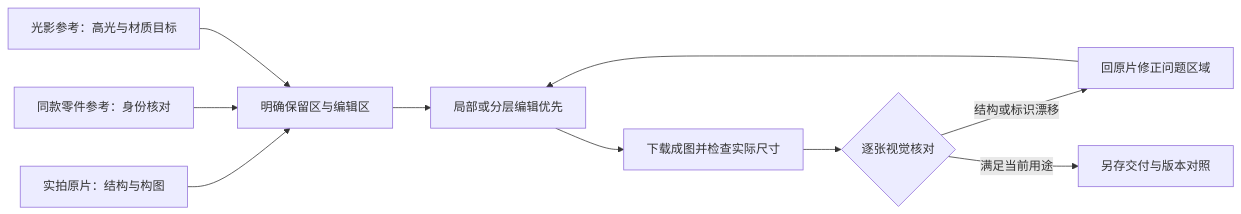
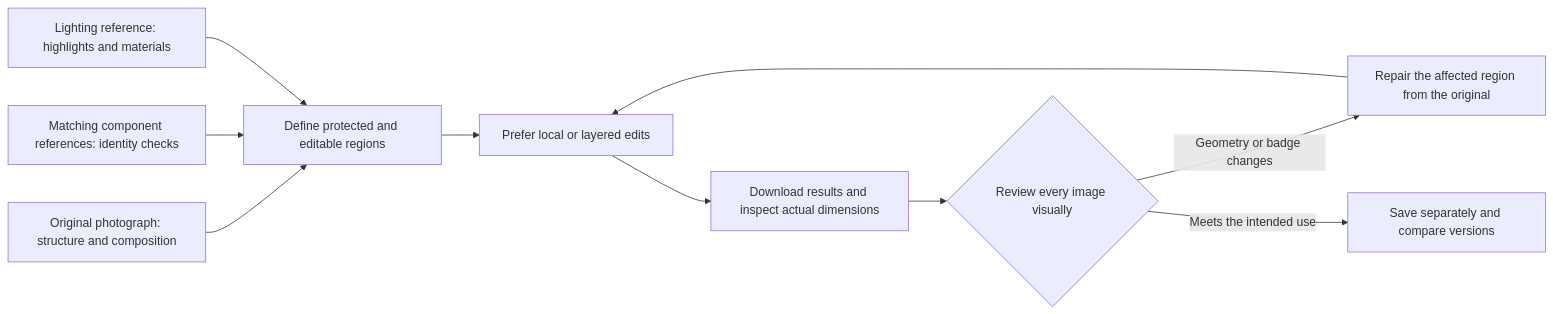
One commit to 498600589-byte/automotive-retouch-skill changed the diagram in README.md. Above: the diagram before and after it, drawn with Mermaid. The commit also changed other lines of this file, not shown here.

````diff
--- a/README.md
+++ b/README.md
@@ -110,12 +110,12 @@
 ```mermaid
 flowchart LR
-    A[实拍原片：结构与构图] --> D[明确保留区与编辑区]
-    B[同款零件参考：身份核对] --> D
-    C[光影参考：高光与材质目标] --> D
-    D --> E[局部或分层编辑优先]
-    E --> F[下载成图并检查实际尺寸]
-    F --> G{逐张视觉核对}
-    G -->|结构或标识漂移| H[回原片修正问题区域]
+    A[Original photograph: structure and composition] --> D[Define protected and editable regions]
+    B[Matching component references: identity checks] --> D
+    C[Lighting reference: highlights and materials] --> D
+    D --> E[Prefer local or layered edits]
+    E --> F[Download results and inspect actual dimensions]
+    F --> G{Review every image visually}
+    G -->|Geometry or badge changes| H[Repair the affected region from the original]
     H --> E
-    G -->|满足当前用途| I[另存交付与版本对照]
+    G -->|Meets the intended use| I[Save separately and compare versions]
 ```
````
